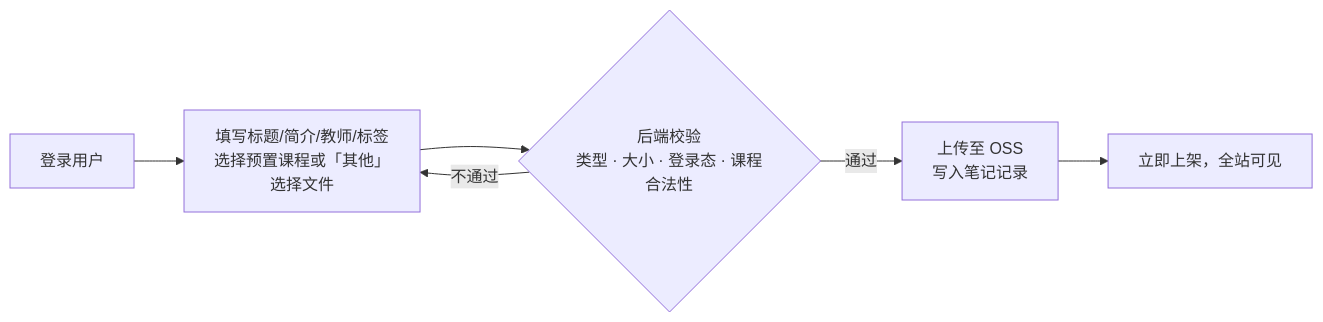
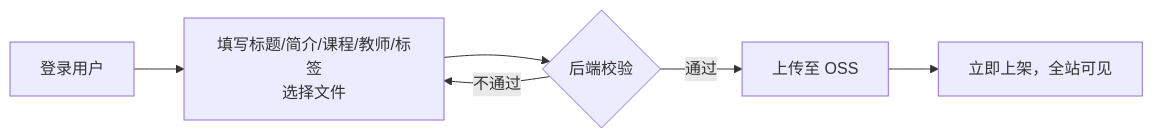
The first of 2 diagrams in docs/需求分析.md (ShiwarHoufu/jotang-note), drawn with Mermaid before and after one commit. The commit also changed other lines of this file and 20 other files, not shown here.

````diff
--- a/docs/需求分析.md
+++ b/docs/需求分析.md
@@ -70,8 +64,8 @@
 ```mermaid
 flowchart LR
-  A[登录用户] --> B["填写标题/简介/教师/标签<br/>选择预置课程或「其他」<br/>选择文件"]
-  B --> C{"后端校验<br/>类型 · 大小 · 登录态 · 课程合法性"}
+  A[登录用户] --> B["填写标题/简介/课程/教师/标签<br/>选择文件"]
+  B --> C{"后端校验"}
   C -- 不通过 --> B
-  C -- 通过 --> D["上传至 OSS<br/>写入笔记记录"]
+  C -- 通过 --> D["上传至 OSS"]
   D --> E[立即上架，全站可见]
 ```
````
